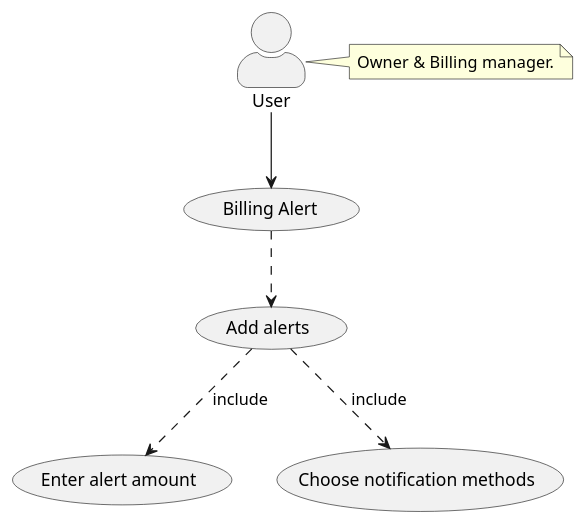
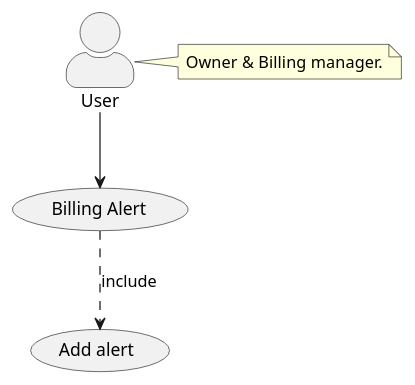
Before and after one commit to felixnguyen678/f0-capstone-project-backend: the diagram in docs/use-case-diagrams/billing-notification.usecase.puml, drawn with PlantUML.

```diff
--- a/docs/use-case-diagrams/billing-notification.usecase.puml
+++ b/docs/use-case-diagrams/billing-notification.usecase.puml
@@ -1,18 +1,14 @@
 @startuml
 
 skinparam actorStyle awesome
 "User" as User
 ( Billing Alert) as BillingAlert
-(Enter alert amount) as EnterAlertAmount
-(Choose notification methods) as ChooseNotificationMethods
-(Add alerts) as AddAlerts
+(Add alert) as AddAlert
 
 User --> BillingAlert
-(BillingAlert) ..> AddAlerts 
-(AddAlerts) ..> EnterAlertAmount : include
-(AddAlerts) ..> ChooseNotificationMethods : include
+(BillingAlert) ..> AddAlert : include
 note right of User:   Owner & Billing manager.
 
 
 
 @enduml
```
